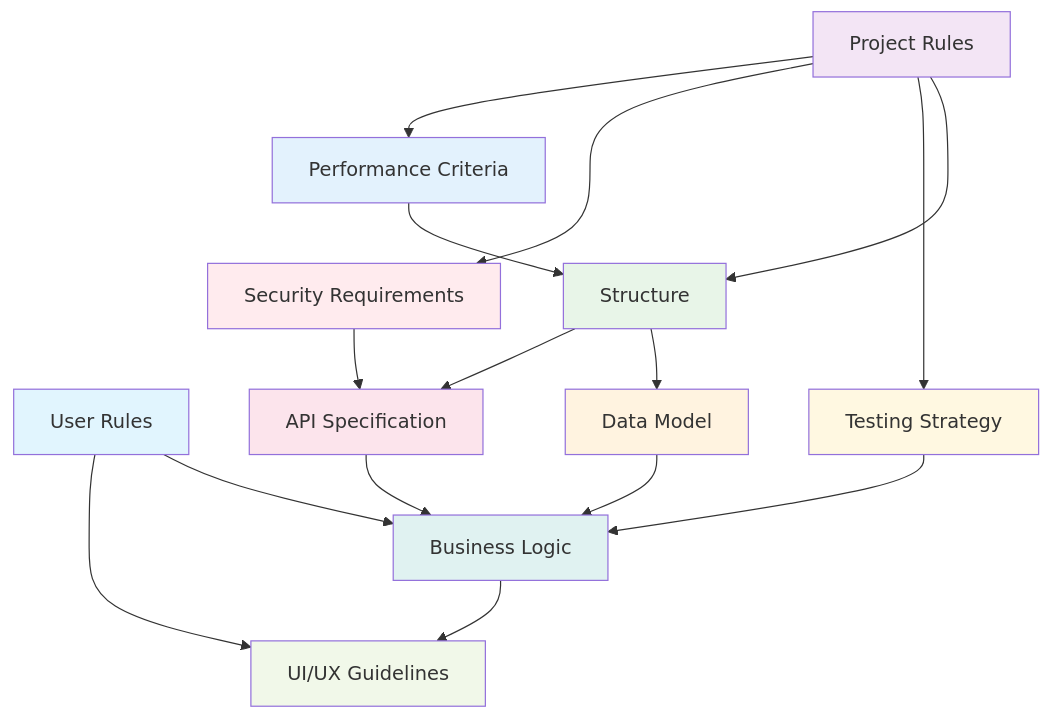
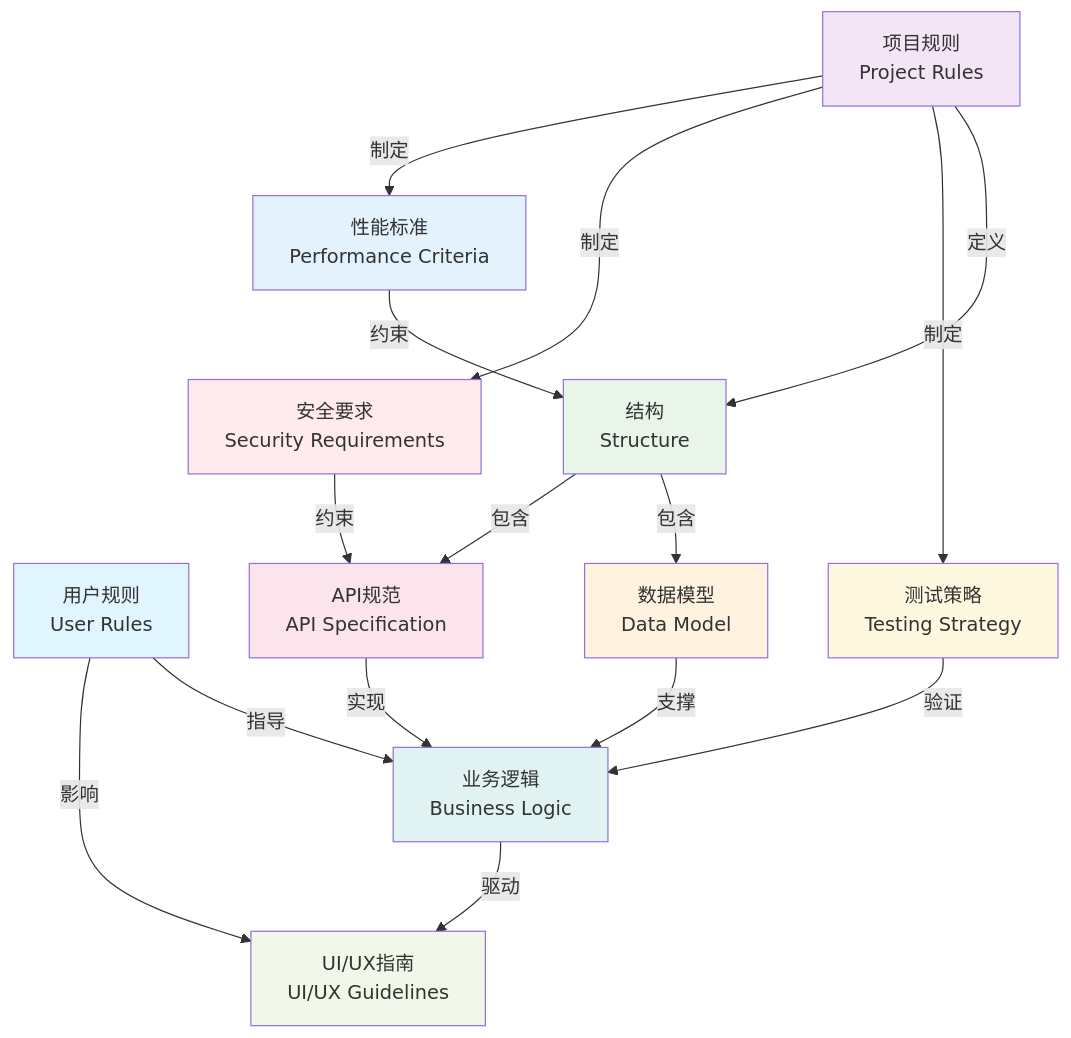
Before and after one commit to Coldplay-now/Spec_driven_development_QuickStart: the third of 5 diagrams in content/第2章 AI IDE时代的开发革命.md, drawn with Mermaid. The commit also changed other lines of this file and 2 other files, not shown here.

````diff
--- a/content/第2章 AI IDE时代的开发革命.md
+++ b/content/第2章 AI IDE时代的开发革命.md
@@ -588,28 +588,28 @@
 ```mermaid
 graph TD
-    UR[User Rules] --> BL[Business Logic]
-    PR[Project Rules] --> S[Structure]
-    S --> DM[Data Model]
-    S --> API[API Specification]
-    DM --> BL
-    API --> BL
-    BL --> UI[UI/UX Guidelines]
-    UR --> UI
-    PR --> TS[Testing Strategy]
-    PR --> SR[Security Requirements]
-    PR --> PC[Performance Criteria]
-    TS --> BL
-    SR --> API
-    PC --> S
+    UR["用户规则<br/>User Rules"] -->|"指导"| BL["业务逻辑<br/>Business Logic"]
+    PR["项目规则<br/>Project Rules"] -->|"定义"| S["结构<br/>Structure"]
+    S -->|"包含"| DM["数据模型<br/>Data Model"]
+    S -->|"包含"| API["API规范<br/>API Specification"]
+    DM -->|"支撑"| BL
+    API -->|"实现"| BL
+    BL -->|"驱动"| UI["UI/UX指南<br/>UI/UX Guidelines"]
+    UR -->|"影响"| UI
+    PR -->|"制定"| TS["测试策略<br/>Testing Strategy"]
+    PR -->|"制定"| SR["安全要求<br/>Security Requirements"]
+    PR -->|"制定"| PC["性能标准<br/>Performance Criteria"]
+    TS -->|"验证"| BL
+    SR -->|"约束"| API
+    PC -->|"约束"| S
     
     style UR fill:#e1f5fe
     style PR fill:#f3e5f5
     style S fill:#e8f5e8
     style DM fill:#fff3e0
     style API fill:#fce4ec
     style BL fill:#e0f2f1
     style UI fill:#f1f8e9
     style TS fill:#fff8e1
     style SR fill:#ffebee
     style PC fill:#e3f2fd
 ```
````
